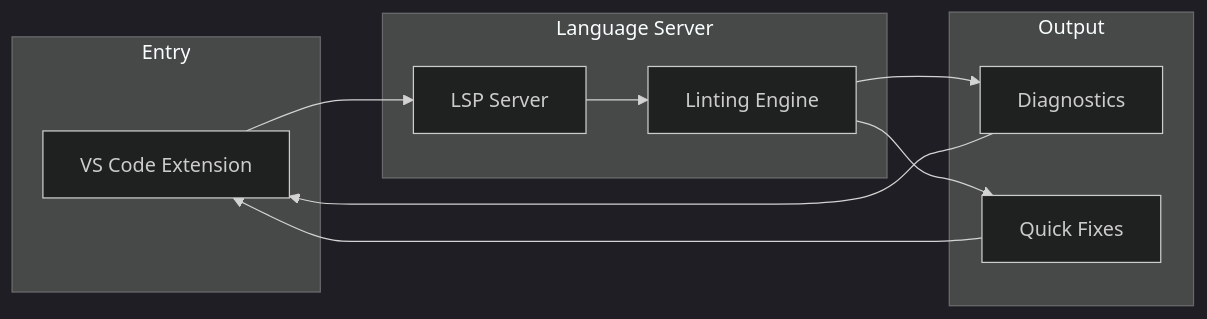
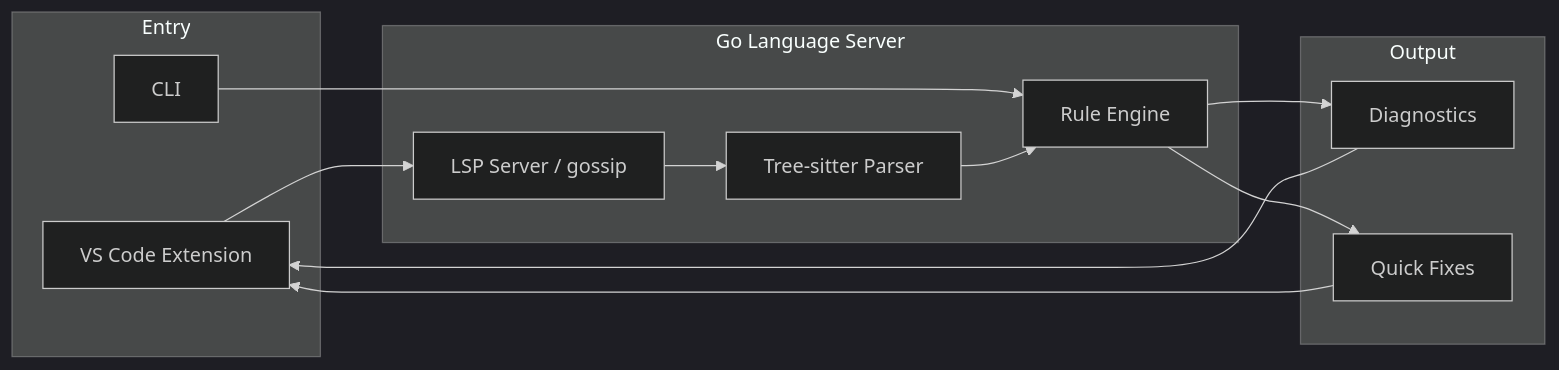
One commit to sailpoint-oss/telescope changed the diagram in README.md. Above: the diagram before and after it, drawn with Mermaid (dark theme). The commit also changed other lines of this file and 134 other files, not shown here.

First line of the commit message:
feat: LSP/CLI experience overhaul, publish Go module as importable library

````diff
--- a/README.md
+++ b/README.md
@@ -106,19 +110,23 @@
 ```mermaid
 flowchart LR
     subgraph Entry["Entry"]
         Client[VS Code Extension]
+        CLI[CLI]
     end
 
-    subgraph Server["Language Server"]
-        LSP[LSP Server]
-        Engine[Linting Engine]
+    subgraph Server["Go Language Server"]
+        LSP[LSP Server / gossip]
+        TS[Tree-sitter Parser]
+        Engine[Rule Engine]
     end
 
     subgraph Output["Output"]
         Diag[Diagnostics]
         Fixes[Quick Fixes]
     end
 
-    Client --> LSP --> Engine --> Diag --> Client
+    Client --> LSP
+    CLI --> Engine
+    LSP --> TS --> Engine --> Diag --> Client
     Engine --> Fixes --> Client
 ```
````
